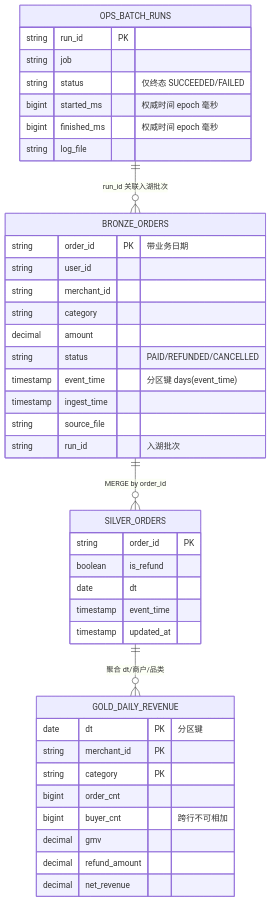
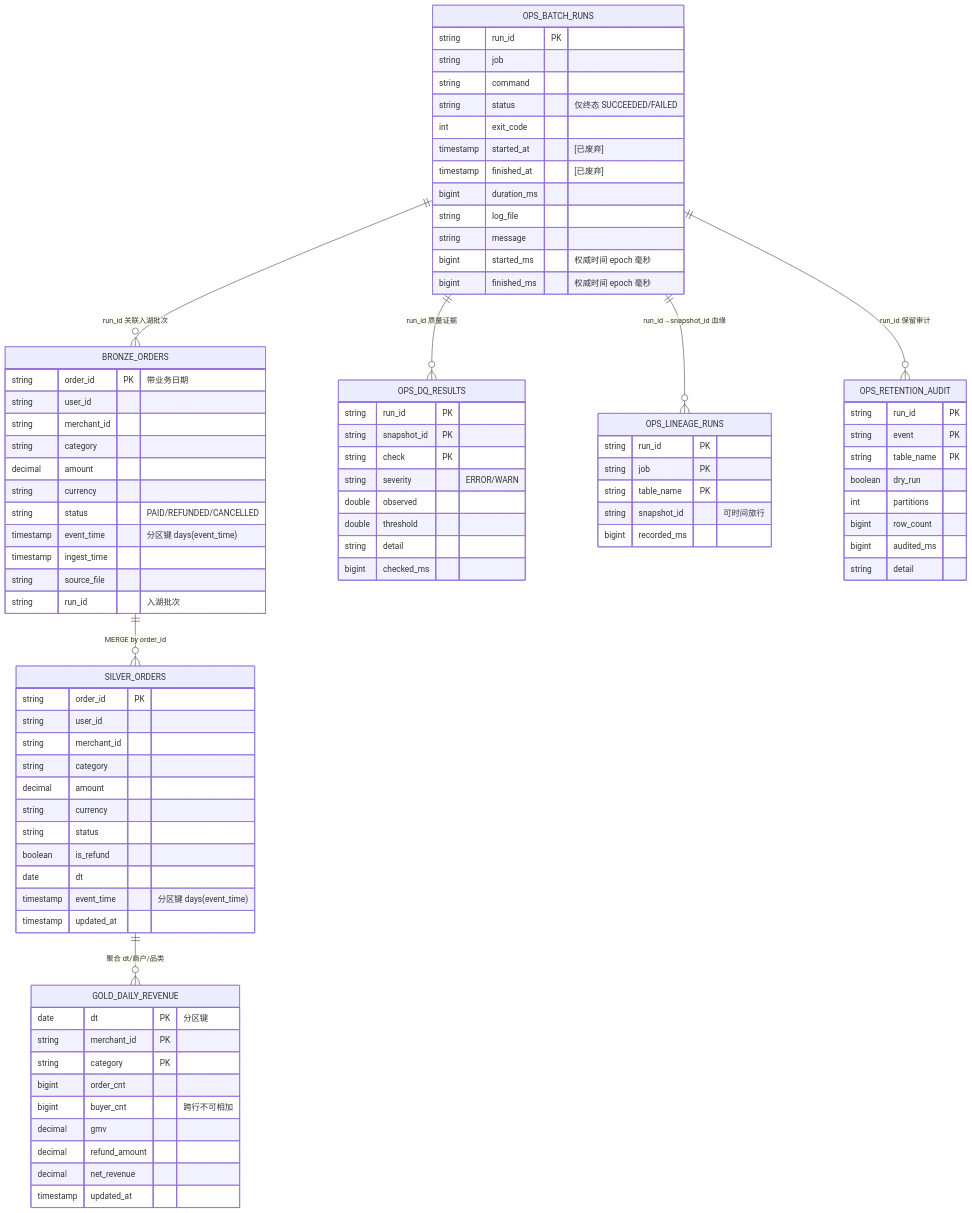
Before and after one commit to leishu/data-demo: diagram 12 of 13 in docs/lakehouse-demo/概要设计-lakehouse-demo.md, drawn with Mermaid. The commit also changed other lines of this file, not shown here.

````diff
--- a/docs/lakehouse-demo/概要设计-lakehouse-demo.md
+++ b/docs/lakehouse-demo/概要设计-lakehouse-demo.md
@@ -746,6 +781,9 @@
     BRONZE_ORDERS ||--o{ SILVER_ORDERS : "MERGE by order_id"
     SILVER_ORDERS ||--o{ GOLD_DAILY_REVENUE : "聚合 dt/商户/品类"
     OPS_BATCH_RUNS ||--o{ BRONZE_ORDERS : "run_id 关联入湖批次"
+    OPS_BATCH_RUNS ||--o{ OPS_DQ_RESULTS : "run_id 质量证据"
+    OPS_BATCH_RUNS ||--o{ OPS_LINEAGE_RUNS : "run_id→snapshot_id 血缘"
+    OPS_BATCH_RUNS ||--o{ OPS_RETENTION_AUDIT : "run_id 保留审计"
 
     BRONZE_ORDERS {
         string order_id PK "带业务日期"
@@ -753,6 +791,7 @@
         string merchant_id
         string category
         decimal amount
+        string currency
         string status "PAID/REFUNDED/CANCELLED"
         timestamp event_time "分区键 days(event_time)"
         timestamp ingest_time
@@ -761,9 +800,15 @@
     }
     SILVER_ORDERS {
         string order_id PK
+        string user_id
+        string merchant_id
+        string category
+        decimal amount
+        string currency
+        string status
         boolean is_refund
         date dt
-        timestamp event_time
+        timestamp event_time "分区键 days(event_time)"
         timestamp updated_at
     }
     GOLD_DAILY_REVENUE {
@@ -775,13 +820,47 @@
         decimal gmv
         decimal refund_amount
         decimal net_revenue
+        timestamp updated_at
     }
     OPS_BATCH_RUNS {
         string run_id PK
         string job
+        string command
         string status "仅终态 SUCCEEDED/FAILED"
+        int exit_code
+        timestamp started_at "[已废弃]"
+        timestamp finished_at "[已废弃]"
+        bigint duration_ms
+        string log_file
+        string message
         bigint started_ms "权威时间 epoch 毫秒"
         bigint finished_ms "权威时间 epoch 毫秒"
-        string log_file
+    }
+    OPS_DQ_RESULTS {
+        string run_id PK
+        string snapshot_id PK
+        string check PK
+        string severity "ERROR/WARN"
+        double observed
+        double threshold
+        string detail
+        bigint checked_ms
+    }
+    OPS_LINEAGE_RUNS {
+        string run_id PK
+        string job PK
+        string table_name PK
+        string snapshot_id "可时间旅行"
+        bigint recorded_ms
+    }
+    OPS_RETENTION_AUDIT {
+        string run_id PK
+        string event PK
+        string table_name PK
+        boolean dry_run
+        int partitions
+        bigint row_count
+        bigint audited_ms
+        string detail
     }
 ```
````
